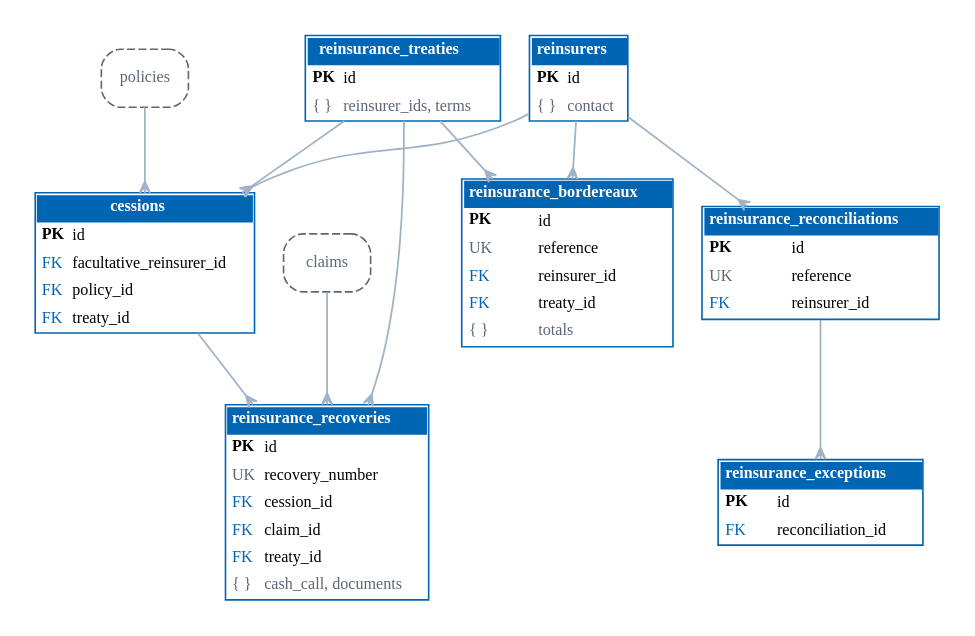
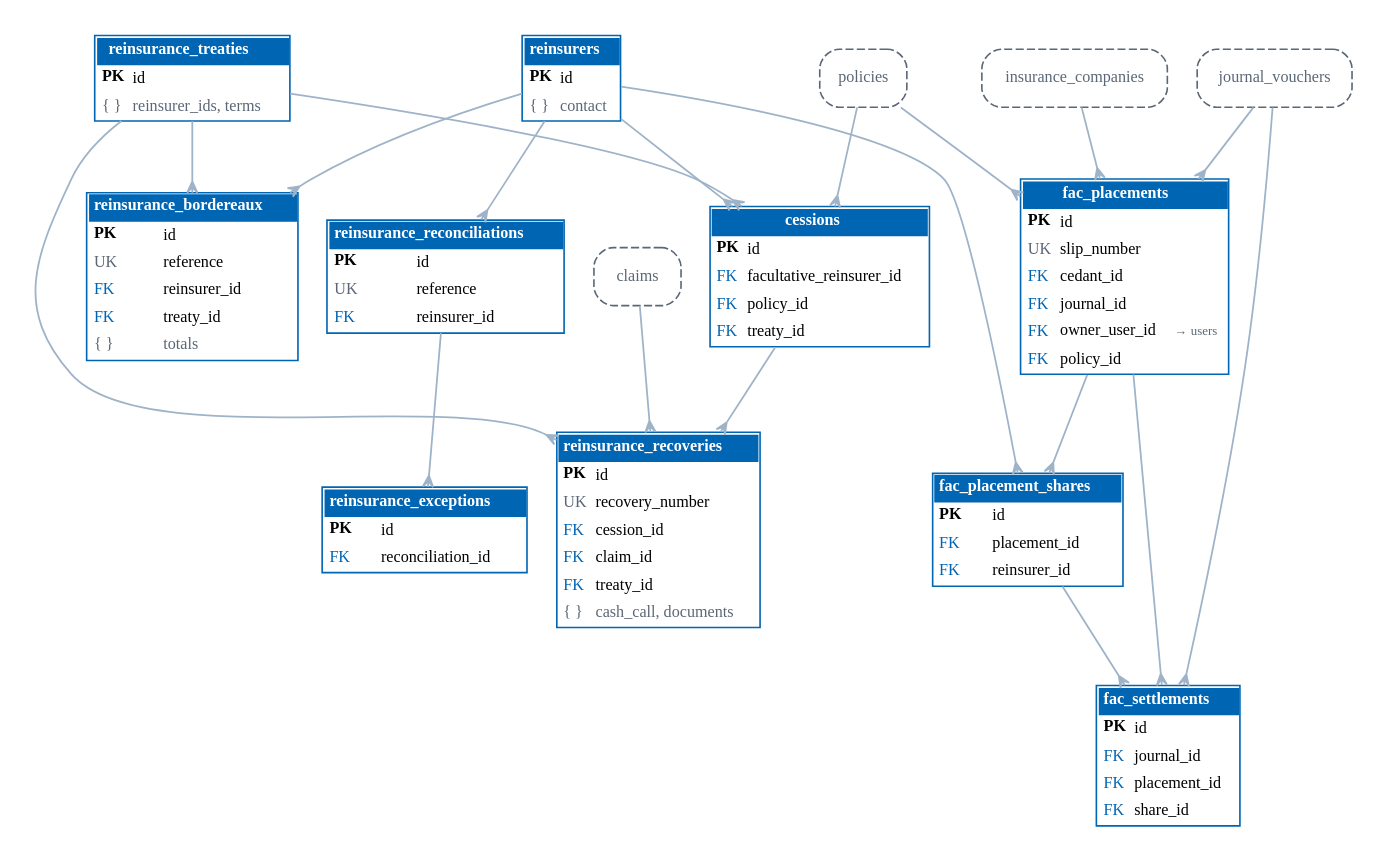
The diagram in docs/architecture/diagrams/er_reinsurance.dot (IortaTexhNXT-DEV/BDOI-OOTB), drawn with Graphviz before and after one commit. The commit also changed 124 other files, not shown here.

Commit message:
Developer documentation refresh: technical reference with module catalogue and code review guide, architecture and security, data dictionary at migration 0322, API catalogue, architecture set 1.2, developer guide, release notes 1.1

```diff
--- a/docs/architecture/diagrams/er_reinsurance.dot
+++ b/docs/architecture/diagrams/er_reinsurance.dot
@@ -1,25 +1,38 @@
 // Generated by tools/render_diagrams.py from tools/data/db_snapshot.json: Reinsurance. Do not edit by hand.
 digraph ER {
   graph [rankdir=TB, splines=true, nodesep=0.25, ranksep=0.5, fontname="Nunito", bgcolor="white", pad=0.2, pack=true, packmode="array_u3"];
   node [shape=plain, fontname="Nunito", fontsize=10];
   edge [color="#9FB3C8", arrowhead=crow, arrowtail=none, dir=both, arrowsize=0.7, penwidth=1.1];
   "reinsurers" [label=<<table border="1" cellborder="0" cellspacing="0" cellpadding="3" color="#0065B3"><tr><td colspan="2" bgcolor="#0065B3"><font color="white"><b>reinsurers</b></font></td></tr><tr><td align="left" balign="left"><b>PK</b></td><td align="left">id</td></tr><tr><td align="left"><font color="#5B6776">{ }</font></td><td align="left"><font color="#5B6776">contact</font></td></tr></table>>];
   "reinsurance_treaties" [label=<<table border="1" cellborder="0" cellspacing="0" cellpadding="3" color="#0065B3"><tr><td colspan="2" bgcolor="#0065B3"><font color="white"><b>reinsurance_treaties</b></font></td></tr><tr><td align="left" balign="left"><b>PK</b></td><td align="left">id</td></tr><tr><td align="left"><font color="#5B6776">{ }</font></td><td align="left"><font color="#5B6776">reinsurer_ids, terms</font></td></tr></table>>];
   "cessions" [label=<<table border="1" cellborder="0" cellspacing="0" cellpadding="3" color="#0065B3"><tr><td colspan="2" bgcolor="#0065B3"><font color="white"><b>cessions</b></font></td></tr><tr><td align="left" balign="left"><b>PK</b></td><td align="left">id</td></tr><tr><td align="left"><font color="#0065B3">FK</font></td><td align="left">facultative_reinsurer_id</td></tr><tr><td align="left"><font color="#0065B3">FK</font></td><td align="left">policy_id</td></tr><tr><td align="left"><font color="#0065B3">FK</font></td><td align="left">treaty_id</td></tr></table>>];
   "reinsurance_recoveries" [label=<<table border="1" cellborder="0" cellspacing="0" cellpadding="3" color="#0065B3"><tr><td colspan="2" bgcolor="#0065B3"><font color="white"><b>reinsurance_recoveries</b></font></td></tr><tr><td align="left" balign="left"><b>PK</b></td><td align="left">id</td></tr><tr><td align="left"><font color="#5B6776">UK</font></td><td align="left">recovery_number</td></tr><tr><td align="left"><font color="#0065B3">FK</font></td><td align="left">cession_id</td></tr><tr><td align="left"><font color="#0065B3">FK</font></td><td align="left">claim_id</td></tr><tr><td align="left"><font color="#0065B3">FK</font></td><td align="left">treaty_id</td></tr><tr><td align="left"><font color="#5B6776">{ }</font></td><td align="left"><font color="#5B6776">cash_call, documents</font></td></tr></table>>];
   "reinsurance_bordereaux" [label=<<table border="1" cellborder="0" cellspacing="0" cellpadding="3" color="#0065B3"><tr><td colspan="2" bgcolor="#0065B3"><font color="white"><b>reinsurance_bordereaux</b></font></td></tr><tr><td align="left" balign="left"><b>PK</b></td><td align="left">id</td></tr><tr><td align="left"><font color="#5B6776">UK</font></td><td align="left">reference</td></tr><tr><td align="left"><font color="#0065B3">FK</font></td><td align="left">reinsurer_id</td></tr><tr><td align="left"><font color="#0065B3">FK</font></td><td align="left">treaty_id</td></tr><tr><td align="left"><font color="#5B6776">{ }</font></td><td align="left"><font color="#5B6776">totals</font></td></tr></table>>];
   "reinsurance_reconciliations" [label=<<table border="1" cellborder="0" cellspacing="0" cellpadding="3" color="#0065B3"><tr><td colspan="2" bgcolor="#0065B3"><font color="white"><b>reinsurance_reconciliations</b></font></td></tr><tr><td align="left" balign="left"><b>PK</b></td><td align="left">id</td></tr><tr><td align="left"><font color="#5B6776">UK</font></td><td align="left">reference</td></tr><tr><td align="left"><font color="#0065B3">FK</font></td><td align="left">reinsurer_id</td></tr></table>>];
   "reinsurance_exceptions" [label=<<table border="1" cellborder="0" cellspacing="0" cellpadding="3" color="#0065B3"><tr><td colspan="2" bgcolor="#0065B3"><font color="white"><b>reinsurance_exceptions</b></font></td></tr><tr><td align="left" balign="left"><b>PK</b></td><td align="left">id</td></tr><tr><td align="left"><font color="#0065B3">FK</font></td><td align="left">reconciliation_id</td></tr></table>>];
+  "fac_placements" [label=<<table border="1" cellborder="0" cellspacing="0" cellpadding="3" color="#0065B3"><tr><td colspan="2" bgcolor="#0065B3"><font color="white"><b>fac_placements</b></font></td></tr><tr><td align="left" balign="left"><b>PK</b></td><td align="left">id</td></tr><tr><td align="left"><font color="#5B6776">UK</font></td><td align="left">slip_number</td></tr><tr><td align="left"><font color="#0065B3">FK</font></td><td align="left">cedant_id</td></tr><tr><td align="left"><font color="#0065B3">FK</font></td><td align="left">journal_id</td></tr><tr><td align="left"><font color="#0065B3">FK</font></td><td align="left">owner_user_id <font color="#5B6776" point-size="8">&#8594; users</font></td></tr><tr><td align="left"><font color="#0065B3">FK</font></td><td align="left">policy_id</td></tr></table>>];
+  "fac_placement_shares" [label=<<table border="1" cellborder="0" cellspacing="0" cellpadding="3" color="#0065B3"><tr><td colspan="2" bgcolor="#0065B3"><font color="white"><b>fac_placement_shares</b></font></td></tr><tr><td align="left" balign="left"><b>PK</b></td><td align="left">id</td></tr><tr><td align="left"><font color="#0065B3">FK</font></td><td align="left">placement_id</td></tr><tr><td align="left"><font color="#0065B3">FK</font></td><td align="left">reinsurer_id</td></tr></table>>];
+  "fac_settlements" [label=<<table border="1" cellborder="0" cellspacing="0" cellpadding="3" color="#0065B3"><tr><td colspan="2" bgcolor="#0065B3"><font color="white"><b>fac_settlements</b></font></td></tr><tr><td align="left" balign="left"><b>PK</b></td><td align="left">id</td></tr><tr><td align="left"><font color="#0065B3">FK</font></td><td align="left">journal_id</td></tr><tr><td align="left"><font color="#0065B3">FK</font></td><td align="left">placement_id</td></tr><tr><td align="left"><font color="#0065B3">FK</font></td><td align="left">share_id</td></tr></table>>];
   "claims" [shape=box, style="rounded,dashed", color="#5B6776", fontcolor="#5B6776", label="claims"];
+  "insurance_companies" [shape=box, style="rounded,dashed", color="#5B6776", fontcolor="#5B6776", label="insurance_companies"];
+  "journal_vouchers" [shape=box, style="rounded,dashed", color="#5B6776", fontcolor="#5B6776", label="journal_vouchers"];
   "policies" [shape=box, style="rounded,dashed", color="#5B6776", fontcolor="#5B6776", label="policies"];
   "cessions" -> "reinsurance_recoveries";
   "claims" -> "reinsurance_recoveries";
+  "fac_placement_shares" -> "fac_settlements";
+  "fac_placements" -> "fac_placement_shares";
+  "fac_placements" -> "fac_settlements";
+  "insurance_companies" -> "fac_placements";
+  "journal_vouchers" -> "fac_placements";
+  "journal_vouchers" -> "fac_settlements";
   "policies" -> "cessions";
+  "policies" -> "fac_placements";
   "reinsurance_reconciliations" -> "reinsurance_exceptions";
   "reinsurance_treaties" -> "cessions";
   "reinsurance_treaties" -> "reinsurance_bordereaux";
   "reinsurance_treaties" -> "reinsurance_recoveries";
   "reinsurers" -> "cessions";
+  "reinsurers" -> "fac_placement_shares";
   "reinsurers" -> "reinsurance_bordereaux";
   "reinsurers" -> "reinsurance_reconciliations";
 }
```
